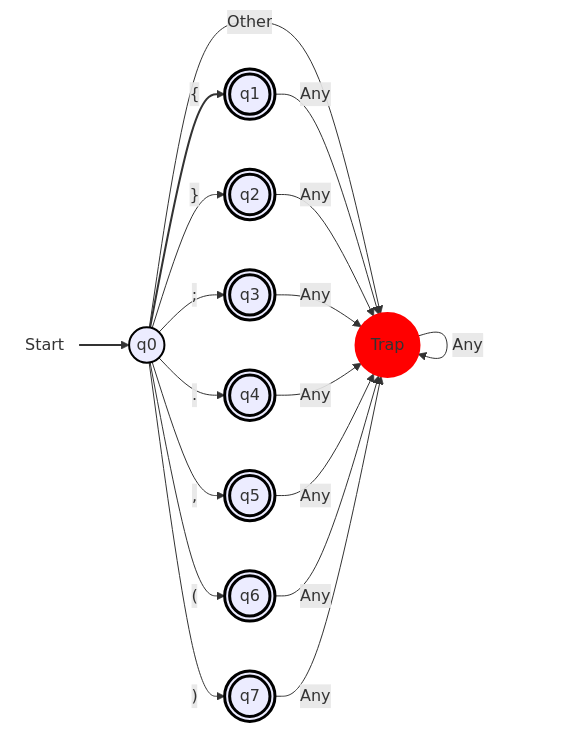
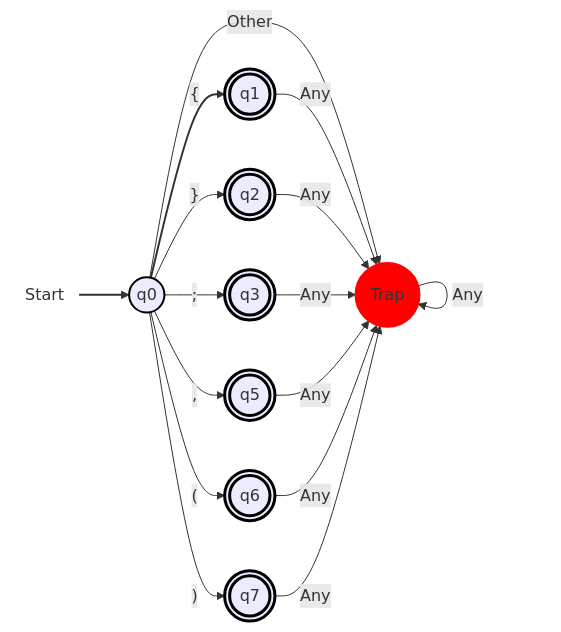
The seventh of 9 diagrams in docs/DFA.md (CS-Tiny-Compiler/a-tiny-compiler), drawn with Mermaid before and after one commit. The commit also changed other lines of this file and 1 other file, not shown here.

````diff
--- a/docs/DFA.md
+++ b/docs/DFA.md
@@ -231,29 +237,27 @@
 ```mermaid
 flowchart LR
   start(((Start))):::startNode --> q0(("q0")):::normal
   q0 --> |"{"| q1((("q1"))):::finalState
   q0 --> |"}"| q2((("q2"))):::finalState
   q0 --> |";"| q3((("q3"))):::finalState
-  q0 --> |"."| q4((("q4"))):::finalState
   q0 --> |","| q5((("q5"))):::finalState
   q0 --> |"("| q6((("q6"))):::finalState
   q0 --> |")"| q7((("q7"))):::finalState
   q0 --> |Other| trap((("Trap"))):::trap
   q1 --> |Any| trap((("Trap"))):::trap
   q2 --> |Any| trap((("Trap"))):::trap
   q3 --> |Any| trap((("Trap"))):::trap
-  q4 --> |Any| trap((("Trap"))):::trap
   q5 --> |Any| trap((("Trap"))):::trap
   q6 --> |Any| trap((("Trap"))):::trap
   q7 --> |Any| trap((("Trap"))):::trap
 
   trap --> |Any| trap
 
   classDef startNode fill:none,stroke:none;
   classDef normal stroke:#000,stroke-width:2px;
   classDef finalState stroke:#000,stroke-width:3px;
   classDef trap fill:#f00,stroke:#f00,stroke-width:2px;
 
   linkStyle 0 stroke-width:2px;
   linkStyle 1 stroke:#333,stroke-width:2px,fill:none;
 ```
````
